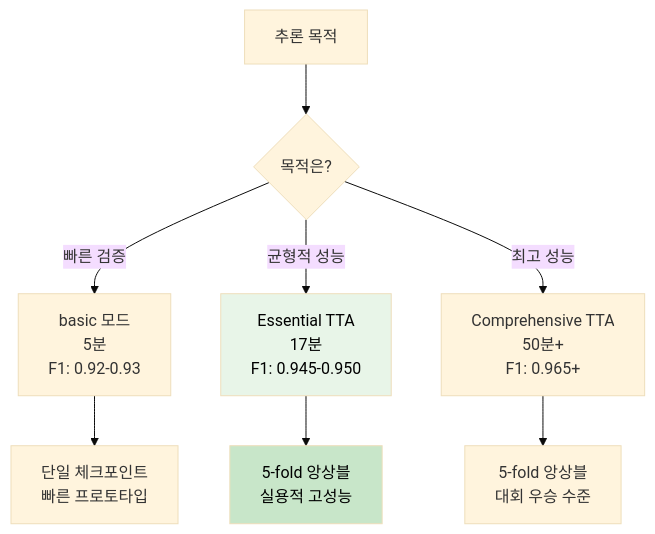
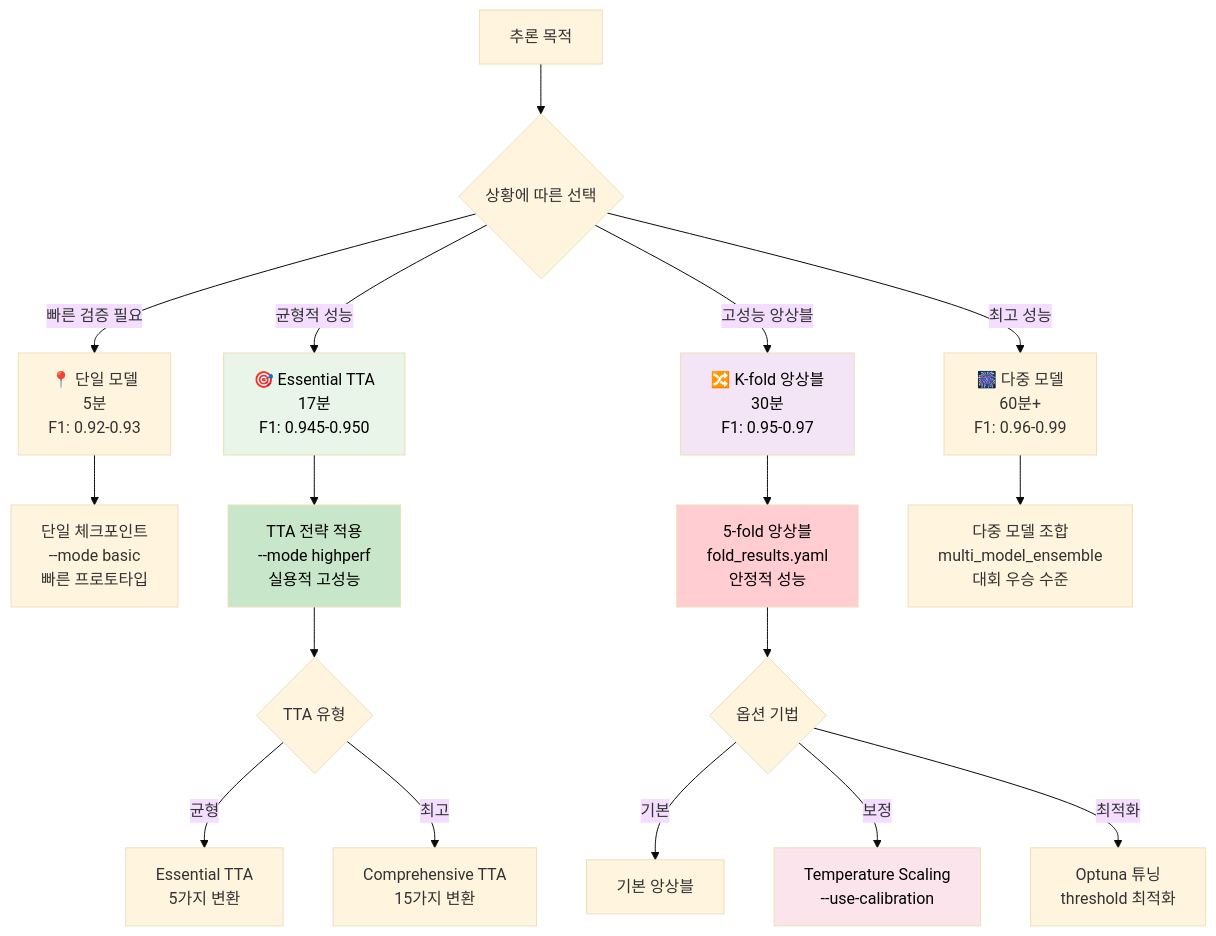
The fifth of 5 diagrams in docs/파이프라인/추론_파이프라인_가이드.md (nimnusmik/CV_documents_classification_competition), drawn with Mermaid (base theme) before and after one commit. The commit also changed other lines of this file and 3 other files, not shown here.

````diff
--- a/docs/파이프라인/추론_파이프라인_가이드.md
+++ b/docs/파이프라인/추론_파이프라인_가이드.md
@@ -221,15 +383,30 @@
 ```mermaid
 flowchart TD
-    A[추론 목적] --> B{목적은?}
+    A[추론 목적] --> B{상황에 따른 선택}
     
-    B -->|빠른 검증| C[basic 모드<br/>5분<br/>F1: 0.92-0.93]
-    B -->|균형적 성능| D[Essential TTA<br/>17분<br/>F1: 0.945-0.950]
-    B -->|최고 성능| E[Comprehensive TTA<br/>50분+<br/>F1: 0.965+]
+    B -->|빠른 검증 필요| C[📍 단일 모델<br/>5분<br/>F1: 0.92-0.93]
+    B -->|균형적 성능| D[🎯 Essential TTA<br/>17분<br/>F1: 0.945-0.950]
+    B -->|고성능 앙상블| E[🔀 K-fold 앙상블<br/>30분<br/>F1: 0.95-0.97]
+    B -->|최고 성능| F[🎆 다중 모델<br/>60분+<br/>F1: 0.96-0.99]
     
-    C --> F[단일 체크포인트<br/>빠른 프로토타입]
-    D --> G[5-fold 앙상블<br/>실용적 고성능]
-    E --> H[5-fold 앙상블<br/>대회 우승 수준]
+    C --> G[단일 체크포인트<br/>--mode basic<br/>빠른 프로토타입]
+    D --> H[TTA 전략 적용<br/>--mode highperf<br/>실용적 고성능]
+    E --> I[5-fold 앙상블<br/>fold_results.yaml<br/>안정적 성능]
+    F --> J[다중 모델 조합<br/>multi_model_ensemble<br/>대회 우승 수준]
+    
+    %% 추가 기법 분기
+    H --> K{TTA 유형}
+    K -->|균형| L[Essential TTA<br/>5가지 변환]
+    K -->|최고| M[Comprehensive TTA<br/>15가지 변환]
+    
+    I --> N{옵션 기법}
+    N -->|기본| O[기본 앙상블]
+    N -->|보정| P[Temperature Scaling<br/>--use-calibration]
+    N -->|최적화| Q[Optuna 튜닝<br/>threshold 최적화]
     
     style D fill:#e8f5e8, color:#000000
-    style G fill:#c8e6c9, color:#000000
+    style E fill:#f3e5f5, color:#000000
+    style H fill:#c8e6c9, color:#000000
+    style I fill:#ffcdd2, color:#000000
+    style P fill:#fce4ec, color:#000000
 ```
````
